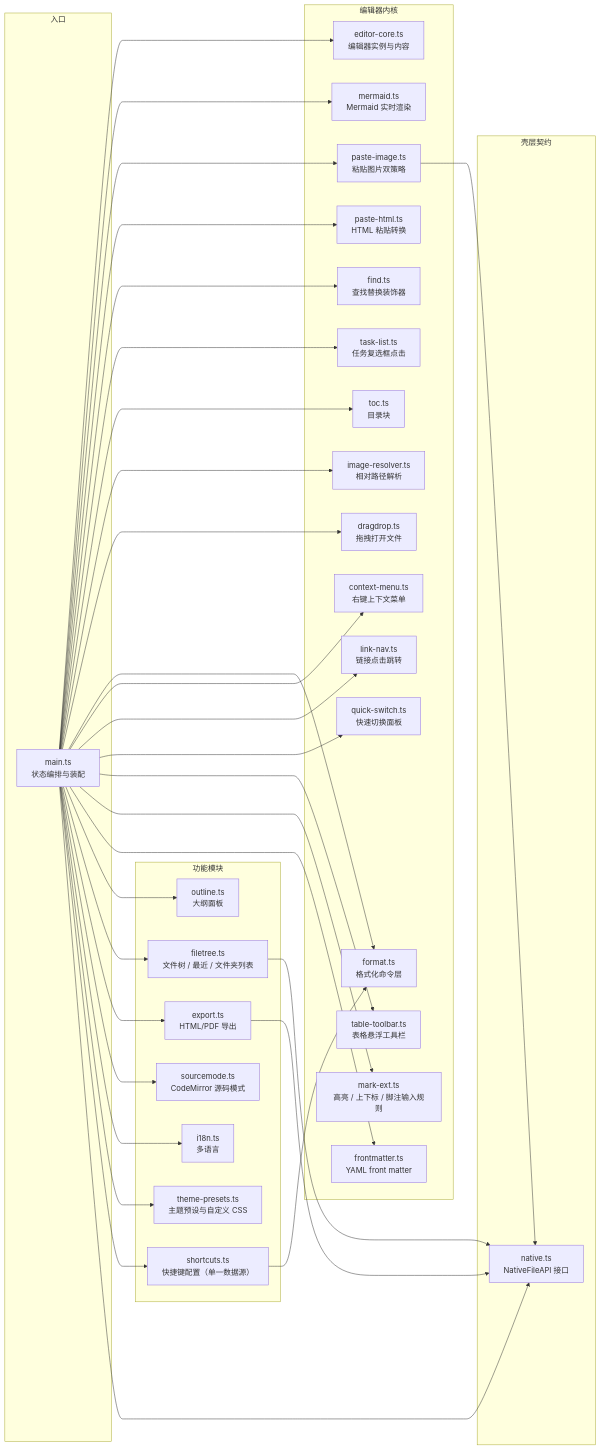
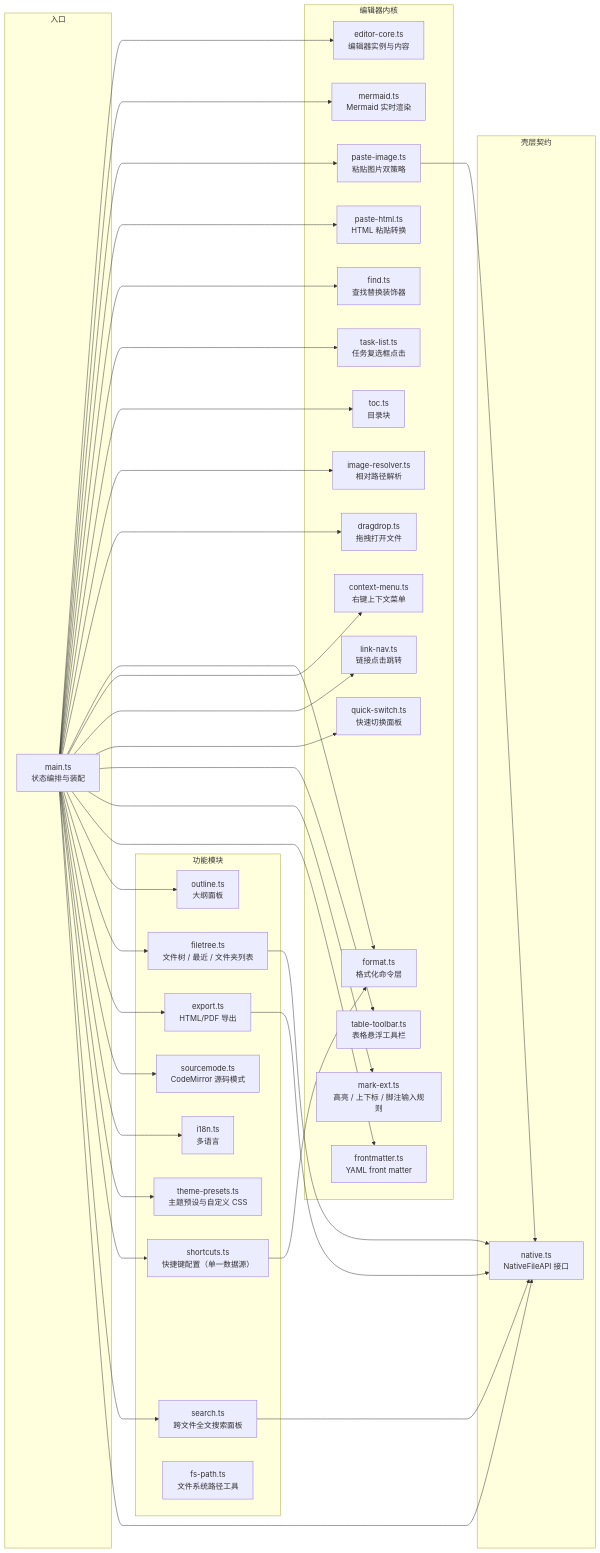
One commit to ChiangyangNPU/tmd changed the third of 4 diagrams in docs/架构设计.md. Above: the diagram before and after it, drawn with Mermaid. The commit also changed other lines of this file and 24 other files, not shown here.

````diff
--- a/docs/架构设计.md
+++ b/docs/架构设计.md
@@ -88,68 +88,72 @@
 ```mermaid
 flowchart LR
     subgraph 入口
         MAIN[main.ts<br/>状态编排与装配]
     end
 
     subgraph 编辑器内核
         EDITOR[editor-core.ts<br/>编辑器实例与内容]
         MERMAID[mermaid.ts<br/>Mermaid 实时渲染]
         PASTE[paste-image.ts<br/>粘贴图片双策略]
         PASTEHTML[paste-html.ts<br/>HTML 粘贴转换]
         FIND[find.ts<br/>查找替换装饰器]
         TASK[task-list.ts<br/>任务复选框点击]
         TOC[toc.ts<br/>目录块]
         IMGRES[image-resolver.ts<br/>相对路径解析]
         DROP[dragdrop.ts<br/>拖拽打开文件]
         FMT[format.ts<br/>格式化命令层]
         CTXMENU[context-menu.ts<br/>右键上下文菜单]
         LINKNAV[link-nav.ts<br/>链接点击跳转]
         QS[quick-switch.ts<br/>快速切换面板]
         TT[table-toolbar.ts<br/>表格悬浮工具栏]
         MARKEXT[mark-ext.ts<br/>高亮 / 上下标 / 脚注输入规则]
         FM[frontmatter.ts<br/>YAML front matter]
     end
 
     subgraph 功能模块
         OUTLINE[outline.ts<br/>大纲面板]
         TREE[filetree.ts<br/>文件树 / 最近 / 文件夹列表]
         EX[export.ts<br/>HTML/PDF 导出]
         SRC[sourcemode.ts<br/>CodeMirror 源码模式]
         I18N[i18n.ts<br/>多语言]
         THEMEPRESET[theme-presets.ts<br/>主题预设与自定义 CSS]
         SHORTCUTS[shortcuts.ts<br/>快捷键配置（单一数据源）]
+        SEARCH[search.ts<br/>跨文件全文搜索面板]
+        FSPATH[fs-path.ts<br/>文件系统路径工具]
     end
 
     subgraph 壳层契约
         NATIVE[native.ts<br/>NativeFileAPI 接口]
     end
 
     MAIN --> EDITOR
     MAIN --> MERMAID
     MAIN --> PASTE
     MAIN --> PASTEHTML
     MAIN --> FIND
     MAIN --> TASK
     MAIN --> TOC
     MAIN --> IMGRES
     MAIN --> DROP
     MAIN --> FMT
     MAIN --> CTXMENU
     MAIN --> LINKNAV
     MAIN --> QS
     MAIN --> TT
     MAIN --> MARKEXT
     MAIN --> FM
     MAIN --> OUTLINE
     MAIN --> TREE
     MAIN --> EX
     MAIN --> SRC
     MAIN --> I18N
     MAIN --> THEMEPRESET
     MAIN --> SHORTCUTS
+    MAIN --> SEARCH
     MAIN --> NATIVE
     EX --> NATIVE
     TREE --> NATIVE
     PASTE --> NATIVE
     SHORTCUTS --> FMT
+    SEARCH --> NATIVE
 ```
````
